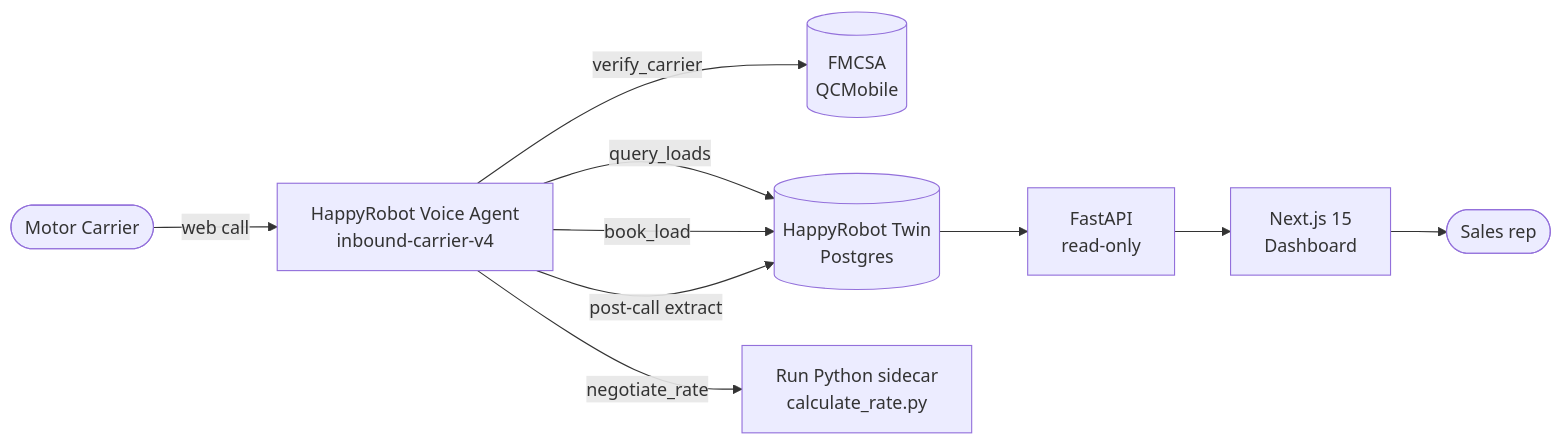
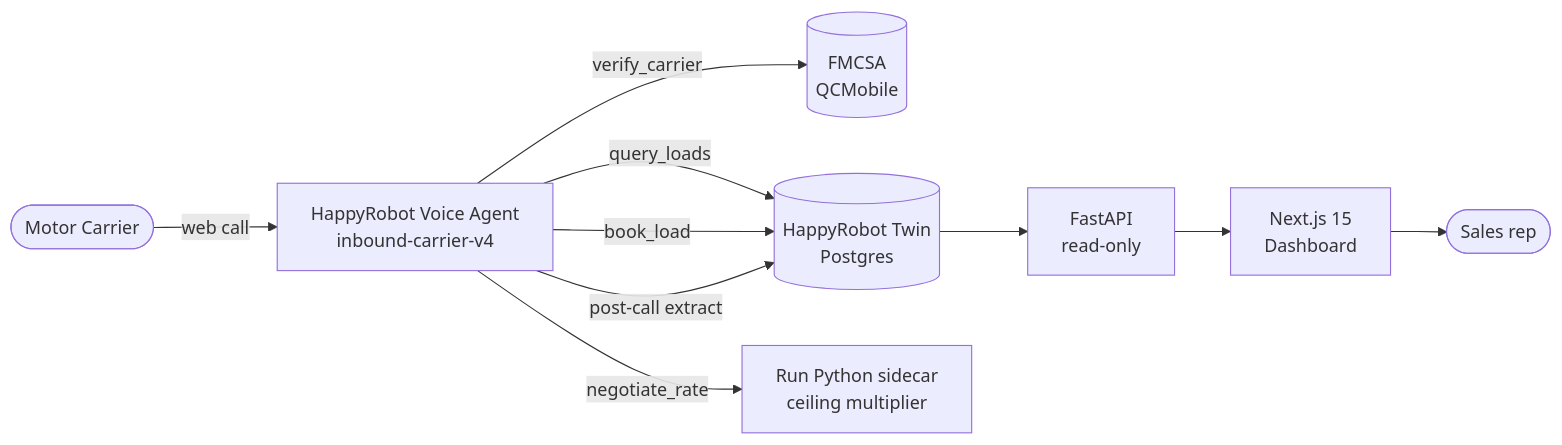
One commit to AndresMorones/AcmeLogistics changed the diagram in README.md. Above: the diagram before and after it, drawn with Mermaid. The commit also changed other lines of this file and 7 other files, not shown here.

First line of the commit message:
docs: update negotiation policy from floor to ceiling multiplier

````diff
--- a/README.md
+++ b/README.md
@@ -37,12 +37,12 @@
 ```mermaid
 flowchart LR
     Carrier([Motor Carrier]) -->|web call| HR[HappyRobot Voice Agent<br/>inbound-carrier-v4]
     HR -->|verify_carrier| FMCSA[(FMCSA<br/>QCMobile)]
     HR -->|query_loads| Twin[(HappyRobot Twin<br/>Postgres)]
-    HR -->|negotiate_rate| Sidecar[Run Python sidecar<br/>calculate_rate.py]
+    HR -->|negotiate_rate| Sidecar[Run Python sidecar<br/>ceiling multiplier]
     HR -->|book_load| Twin
     HR -->|post-call extract| Twin
     Twin --> API[FastAPI<br/>read-only]
     API --> Dashboard[Next.js 15<br/>Dashboard]
     Dashboard --> Sales([Sales rep])
 ```
````
